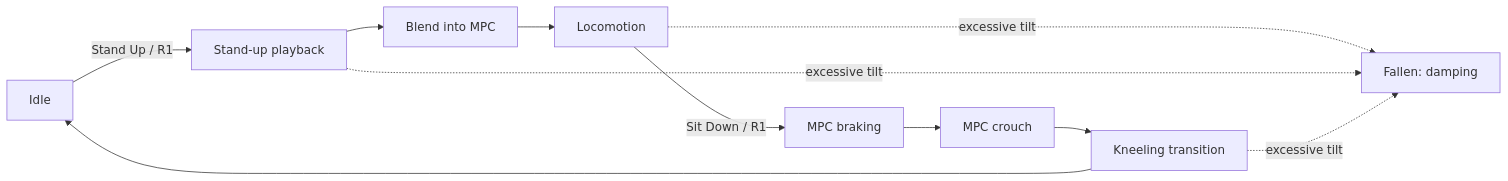
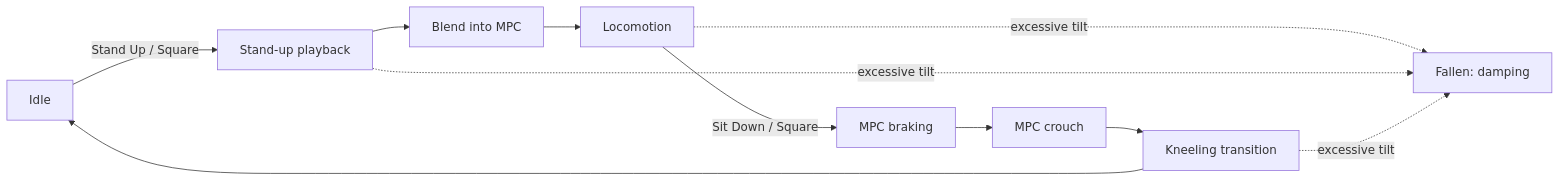
One commit to wei-hsuan-cheng/legged_robot_mpc_controller changed the diagram in docs/upkie_posture_control.md. Above: the diagram before and after it, drawn with Mermaid. The commit also changed other lines of this file and 6 other files, not shown here.

````diff
--- a/docs/upkie_posture_control.md
+++ b/docs/upkie_posture_control.md
@@ -39,13 +40,13 @@
 ```mermaid
 flowchart LR
-    I[Idle] -->|Stand Up / R1| S[Stand-up playback]
+    I[Idle] -->|Stand Up / Square| S[Stand-up playback]
     S --> B[Blend into MPC]
     B --> L[Locomotion]
-    L -->|Sit Down / R1| P[MPC braking]
+    L -->|Sit Down / Square| P[MPC braking]
     P --> C[MPC crouch]
     C --> K[Kneeling transition]
     K --> I
     L -. excessive tilt .-> F[Fallen: damping]
     S -. excessive tilt .-> F
     K -. excessive tilt .-> F
 ```
````
